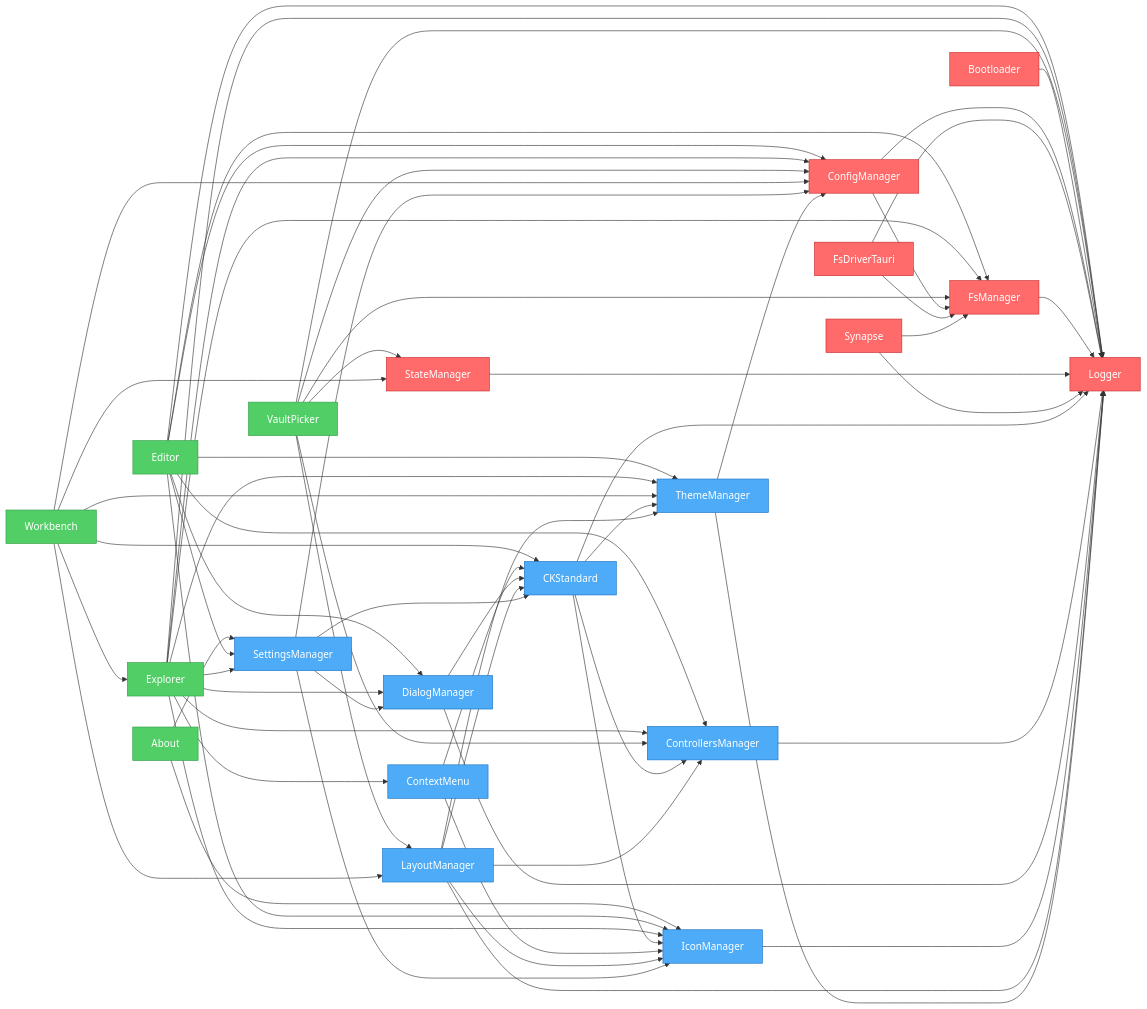
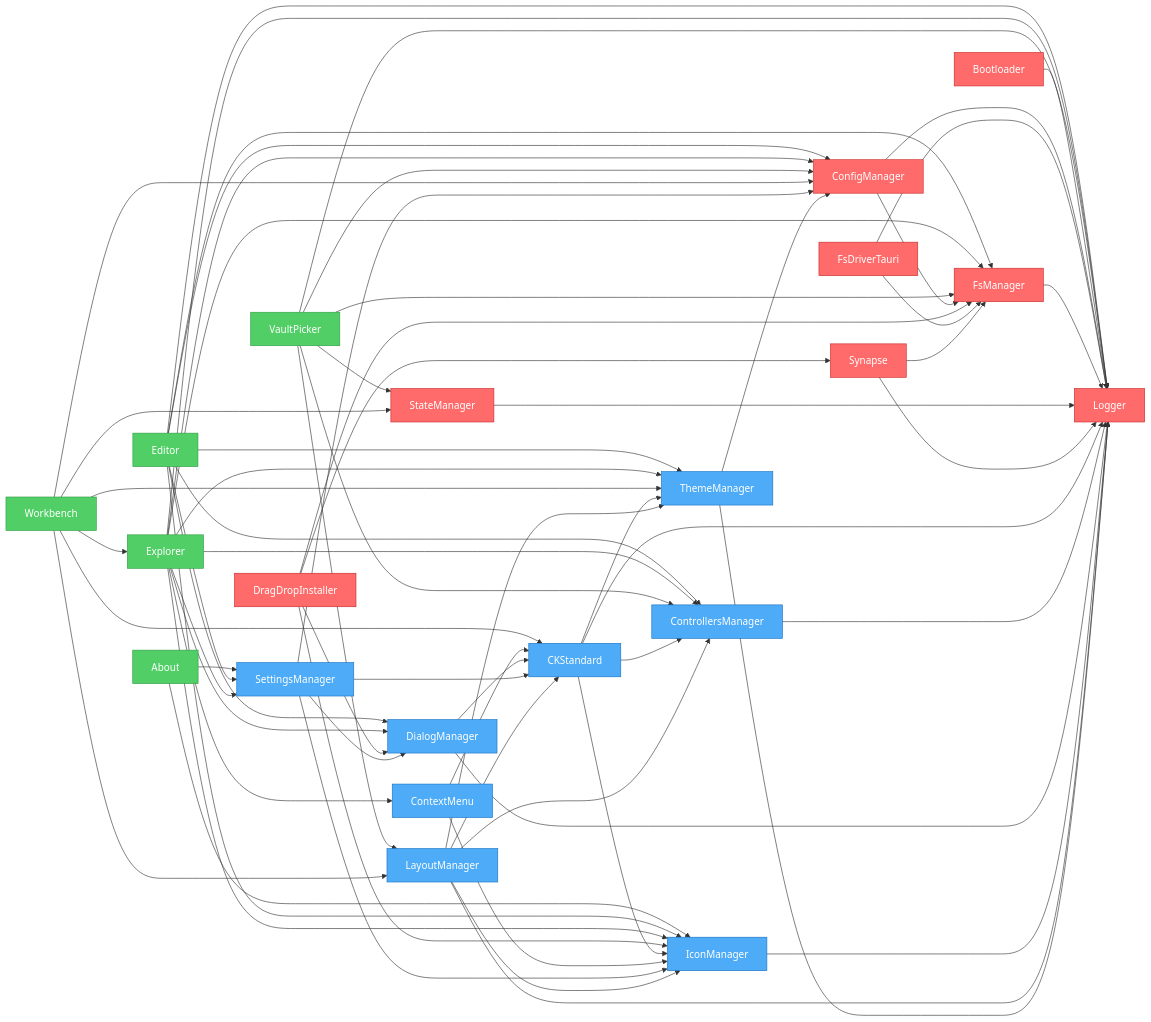
Before and after one commit to khton-tech/notehub.md: the diagram in artifacts/graph.mmd, drawn with Mermaid. The commit also changed 19 other files, not shown here.

Commit message:
feat: Implement plugin CLI commands, add drag-drop and synapse system plugins, and establish initial desktop application structure.

```diff
--- a/artifacts/graph.mmd
+++ b/artifacts/graph.mmd
@@ -1,91 +1,96 @@
 flowchart LR
     nh_features_about["About"]
     nh_features_editor["Editor"]
     nh_features_explorer["Explorer"]
     nh_features_vault-picker["VaultPicker"]
     nh_features_workbench["Workbench"]
     nh_system_bootloader["Bootloader"]
     nh_system_config-manager["ConfigManager"]
+    nh_system_drag-drop["DragDropInstaller"]
     nh_system_fs-driver-tauri["FsDriverTauri"]
     nh_system_fs-manager["FsManager"]
     nh_system_logger["Logger"]
     nh_system_state-manager["StateManager"]
     nh_system_synapse["Synapse"]
     nh_ui_ck-standard["CKStandard"]
     nh_ui_context-menu["ContextMenu"]
     nh_ui_controllers-manager["ControllersManager"]
     nh_ui_dialog-manager["DialogManager"]
     nh_ui_icon-manager["IconManager"]
+    nh_ui_settings-manager["SettingsManager"]
     nh_ui_layout-manager["LayoutManager"]
-    nh_ui_settings-manager["SettingsManager"]
     nh_ui_theme-manager["ThemeManager"]
     nh_features_about --> nh_ui_settings-manager
     nh_features_about --> nh_ui_icon-manager
     nh_features_editor --> nh_system_config-manager
     nh_features_editor --> nh_ui_settings-manager
     nh_features_editor --> nh_system_fs-manager
     nh_features_editor --> nh_system_logger
     nh_features_editor --> nh_ui_controllers-manager
     nh_features_editor --> nh_ui_dialog-manager
     nh_features_editor --> nh_ui_icon-manager
     nh_features_editor --> nh_ui_theme-manager
     nh_features_explorer --> nh_system_config-manager
     nh_features_explorer --> nh_ui_settings-manager
     nh_features_explorer --> nh_system_fs-manager
     nh_features_explorer --> nh_system_logger
     nh_features_explorer --> nh_ui_controllers-manager
     nh_features_explorer --> nh_ui_icon-manager
     nh_features_explorer --> nh_ui_theme-manager
     nh_features_explorer --> nh_ui_context-menu
     nh_features_explorer --> nh_ui_dialog-manager
     nh_features_vault-picker --> nh_system_fs-manager
     nh_features_vault-picker --> nh_system_config-manager
     nh_features_vault-picker --> nh_system_state-manager
     nh_features_vault-picker --> nh_system_logger
     nh_features_vault-picker --> nh_ui_controllers-manager
     nh_features_vault-picker --> nh_ui_layout-manager
     nh_features_workbench --> nh_system_config-manager
     nh_features_workbench --> nh_ui_layout-manager
     nh_features_workbench --> nh_ui_theme-manager
     nh_features_workbench --> nh_ui_ck-standard
     nh_features_workbench --> nh_system_state-manager
     nh_features_workbench --> nh_features_explorer
     nh_system_bootloader --> nh_system_logger
     nh_system_config-manager --> nh_system_logger
     nh_system_config-manager --> nh_system_fs-manager
+    nh_system_drag-drop --> nh_ui_icon-manager
+    nh_system_drag-drop --> nh_ui_dialog-manager
+    nh_system_drag-drop --> nh_system_fs-manager
+    nh_system_drag-drop --> nh_system_synapse
     nh_system_fs-driver-tauri --> nh_system_logger
     nh_system_fs-driver-tauri --> nh_system_fs-manager
     nh_system_fs-manager --> nh_system_logger
     nh_system_state-manager --> nh_system_logger
     nh_system_synapse --> nh_system_fs-manager
     nh_system_synapse --> nh_system_logger
     nh_ui_ck-standard --> nh_system_logger
     nh_ui_ck-standard --> nh_ui_controllers-manager
     nh_ui_ck-standard --> nh_ui_icon-manager
     nh_ui_ck-standard --> nh_ui_theme-manager
     nh_ui_context-menu --> nh_ui_icon-manager
     nh_ui_context-menu --> nh_ui_ck-standard
     nh_ui_controllers-manager --> nh_system_logger
     nh_ui_dialog-manager --> nh_system_logger
     nh_ui_dialog-manager --> nh_ui_ck-standard
     nh_ui_icon-manager --> nh_system_logger
+    nh_ui_settings-manager --> nh_system_config-manager
+    nh_ui_settings-manager --> nh_ui_ck-standard
+    nh_ui_settings-manager --> nh_ui_icon-manager
+    nh_ui_settings-manager --> nh_ui_dialog-manager
     nh_ui_layout-manager --> nh_system_logger
     nh_ui_layout-manager --> nh_ui_theme-manager
     nh_ui_layout-manager --> nh_ui_icon-manager
     nh_ui_layout-manager --> nh_ui_controllers-manager
     nh_ui_layout-manager --> nh_ui_ck-standard
-    nh_ui_settings-manager --> nh_system_config-manager
-    nh_ui_settings-manager --> nh_ui_ck-standard
-    nh_ui_settings-manager --> nh_ui_icon-manager
-    nh_ui_settings-manager --> nh_ui_dialog-manager
     nh_ui_theme-manager --> nh_system_logger
     nh_ui_theme-manager --> nh_system_config-manager
 
     %% Styles
     classDef system fill:#ff6b6b,stroke:#c92a2a,color:#fff
     classDef ui fill:#4dabf7,stroke:#1971c2,color:#fff
     classDef feature fill:#51cf66,stroke:#2f9e44,color:#fff
     class nh_features_about,nh_features_vault-picker feature
     class nh_features_editor,nh_features_explorer,nh_features_workbench feature
-    class nh_system_bootloader,nh_system_config-manager,nh_system_fs-driver-tauri,nh_system_fs-manager,nh_system_logger,nh_system_state-manager,nh_system_synapse system
-    class nh_ui_ck-standard,nh_ui_context-menu,nh_ui_controllers-manager,nh_ui_dialog-manager,nh_ui_icon-manager,nh_ui_layout-manager,nh_ui_settings-manager,nh_ui_theme-manager ui
+    class nh_system_bootloader,nh_system_config-manager,nh_system_drag-drop,nh_system_fs-driver-tauri,nh_system_fs-manager,nh_system_logger,nh_system_state-manager,nh_system_synapse system
+    class nh_ui_ck-standard,nh_ui_context-menu,nh_ui_controllers-manager,nh_ui_dialog-manager,nh_ui_icon-manager,nh_ui_settings-manager,nh_ui_layout-manager,nh_ui_theme-manager ui
```
